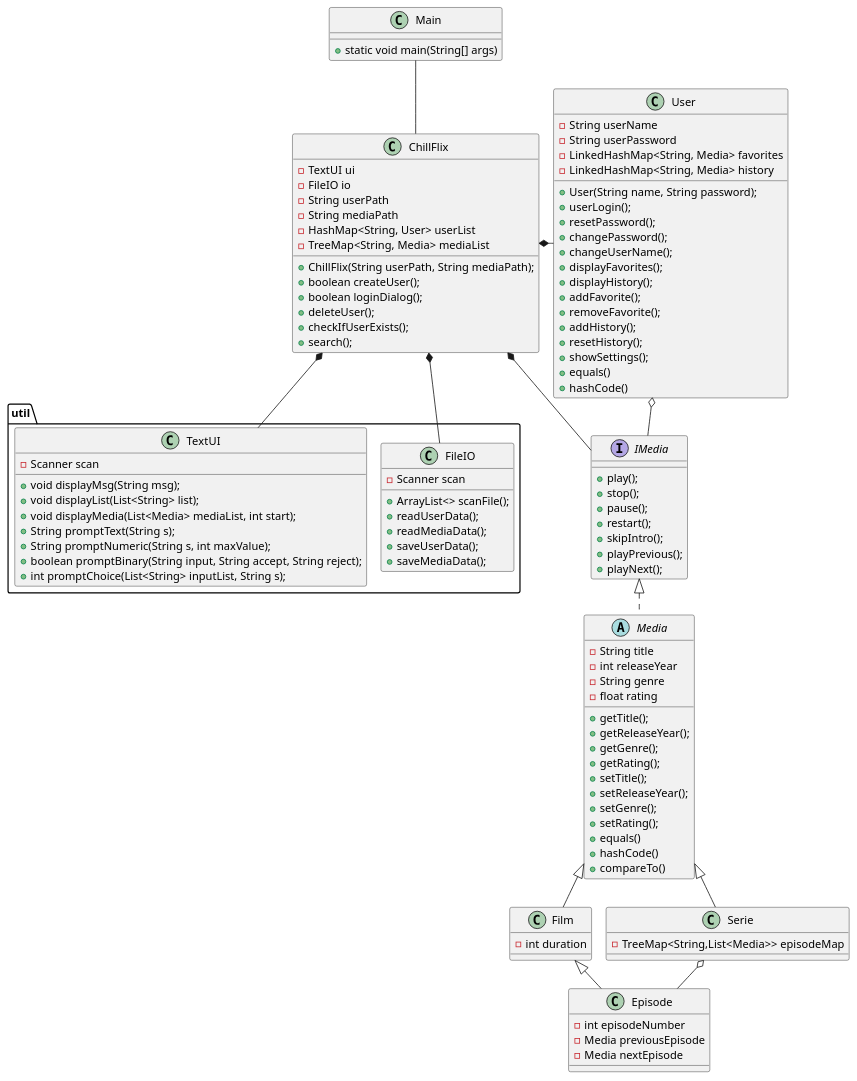
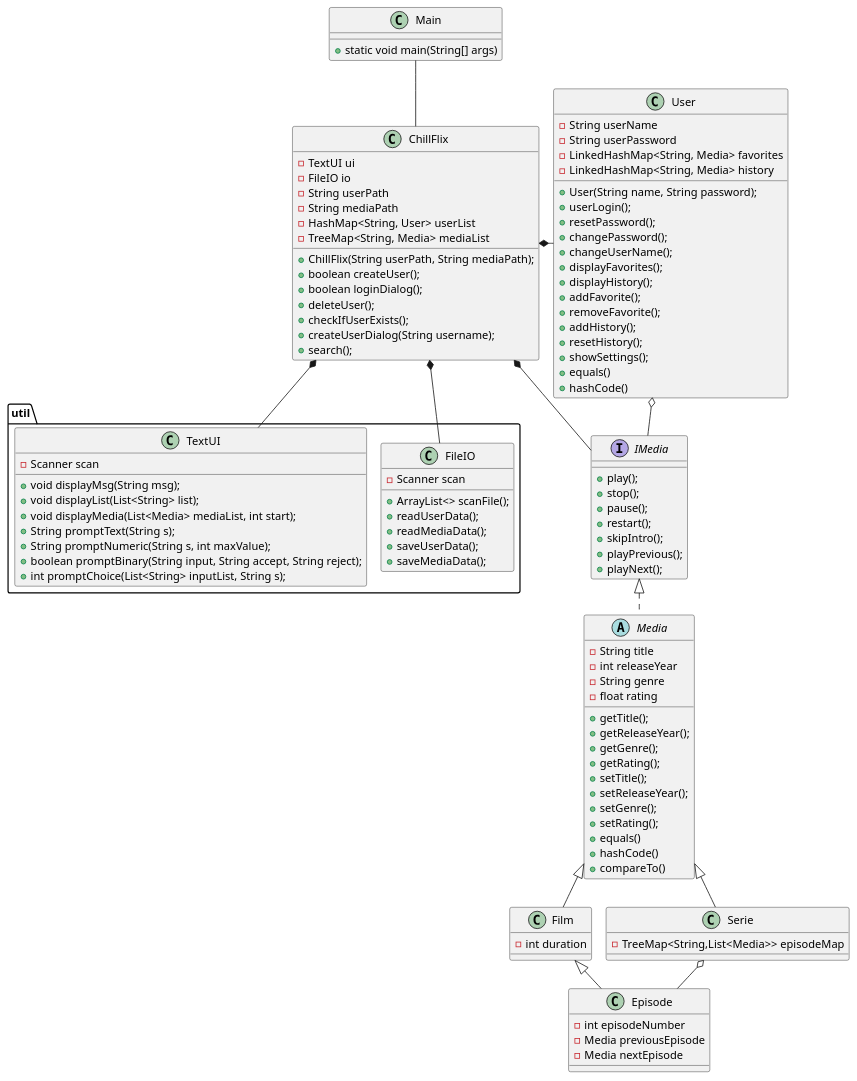
Before and after one commit to Falcho/SP3: the diagram in docs/classDiagram.puml, drawn with PlantUML.

Commit message:
Added createUserDialog to classDiagram.puml

```diff
--- a/docs/classDiagram.puml
+++ b/docs/classDiagram.puml
@@ -1,121 +1,122 @@
 @startuml
 'https://plantuml.com/class-diagram
 !pragma layout smetana
 
 Class Main{
 +static void main(String[] args)
 }
 
 Class ChillFlix{
 -TextUI ui
 -FileIO io
 -String userPath
 -String mediaPath
 -HashMap<String, User> userList
 -TreeMap<String, Media> mediaList
 +ChillFlix(String userPath, String mediaPath);
 +boolean createUser();
 +boolean loginDialog();
 +deleteUser();
 +checkIfUserExists();
++createUserDialog(String username);
 +search();
 }
 
 
 Class User{
 -String userName
 -String userPassword
 -LinkedHashMap<String, Media> favorites
 -LinkedHashMap<String, Media> history
 +User(String name, String password);
 +userLogin();
 +resetPassword();
 +changePassword();
 +changeUserName();
 +displayFavorites();
 +displayHistory();
 +addFavorite();
 +removeFavorite();
 +addHistory();
 +resetHistory();
 +showSettings();
 +equals()
 +hashCode()
 }
 
 Interface IMedia{
 +play();
 +stop();
 +pause();
 +restart();
 +skipIntro();
 +playPrevious();
 +playNext();
 }
 abstract Class Media{
 -String title
 -int releaseYear
 -String genre
 -float rating
 +getTitle();
 +getReleaseYear();
 +getGenre();
 +getRating();
 +setTitle();
 +setReleaseYear();
 +setGenre();
 +setRating();
 +equals()
 +hashCode()
 +compareTo()
 }
 
 Class Film {
 -int duration
 }
 
 Class Serie{
 -TreeMap<String,List<Media>> episodeMap
 }
 
 
 Class Episode{
 -int episodeNumber
 -Media previousEpisode
 -Media nextEpisode
 }
 package util {
     Class FileIO{
     -Scanner scan
     +ArrayList<> scanFile();
     +readUserData();
     +readMediaData();
     +saveUserData();
     +saveMediaData();
     }
 
     Class TextUI{
     -Scanner scan
     +void displayMsg(String msg);
     +void displayList(List<String> list);
     +void displayMedia(List<Media> mediaList, int start);
     +String promptText(String s);
     +String promptNumeric(String s, int maxValue);
     +boolean promptBinary(String input, String accept, String reject);
     +int promptChoice(List<String> inputList, String s);
     }
 }
 
 Film <|-- Episode
 Media <|-- Film
 Media <|-- Serie
 Serie o-- Episode
 IMedia <|.. Media
 ChillFlix *- User
 ChillFlix *-- IMedia
 ChillFlix *-- FileIO
 ChillFlix *-- TextUI
 Main -- ChillFlix
 User o- IMedia
 
 @enduml
```
